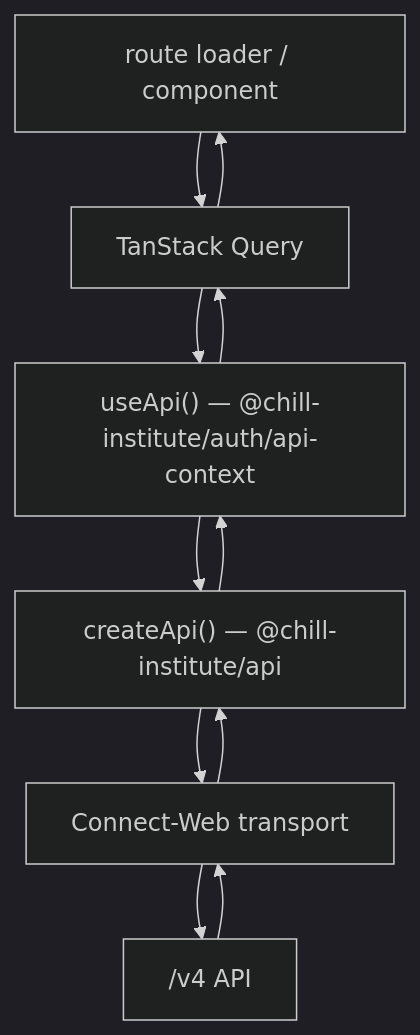
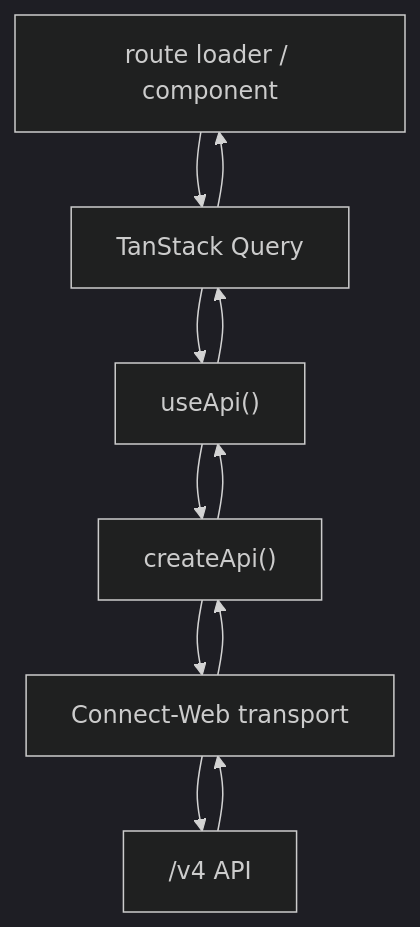
Before and after one commit to chill-institute/chill-web: the second of 2 diagrams in docs/ARCHITECTURE.md, drawn with Mermaid (dark theme). The commit also changed other lines of this file and 430 other files, not shown here.

````diff
--- a/docs/ARCHITECTURE.md
+++ b/docs/ARCHITECTURE.md
@@ -100,13 +57,13 @@
 ```mermaid
 graph TD
   Route["route loader / component"] --> Query["TanStack Query"]
-  Query --> UseApi["useApi() — @chill-institute/auth/api-context"]
-  UseApi --> CreateApi["createApi() — @chill-institute/api"]
+  Query --> UseApi["useApi()"]
+  UseApi --> CreateApi["createApi()"]
   CreateApi --> Transport["Connect-Web transport"]
   Transport --> Backend["/v4 API"]
   Backend --> Transport
   Transport --> CreateApi
   CreateApi --> UseApi
   UseApi --> Query
   Query --> Route
 ```
````
